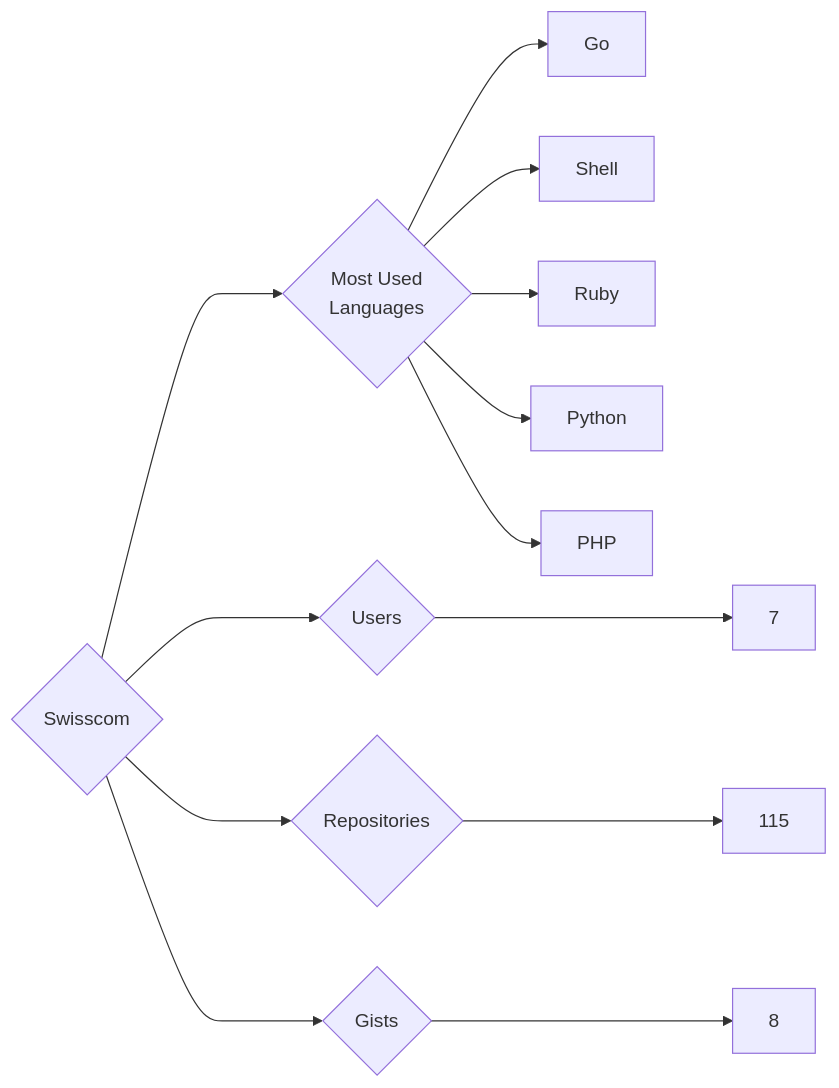
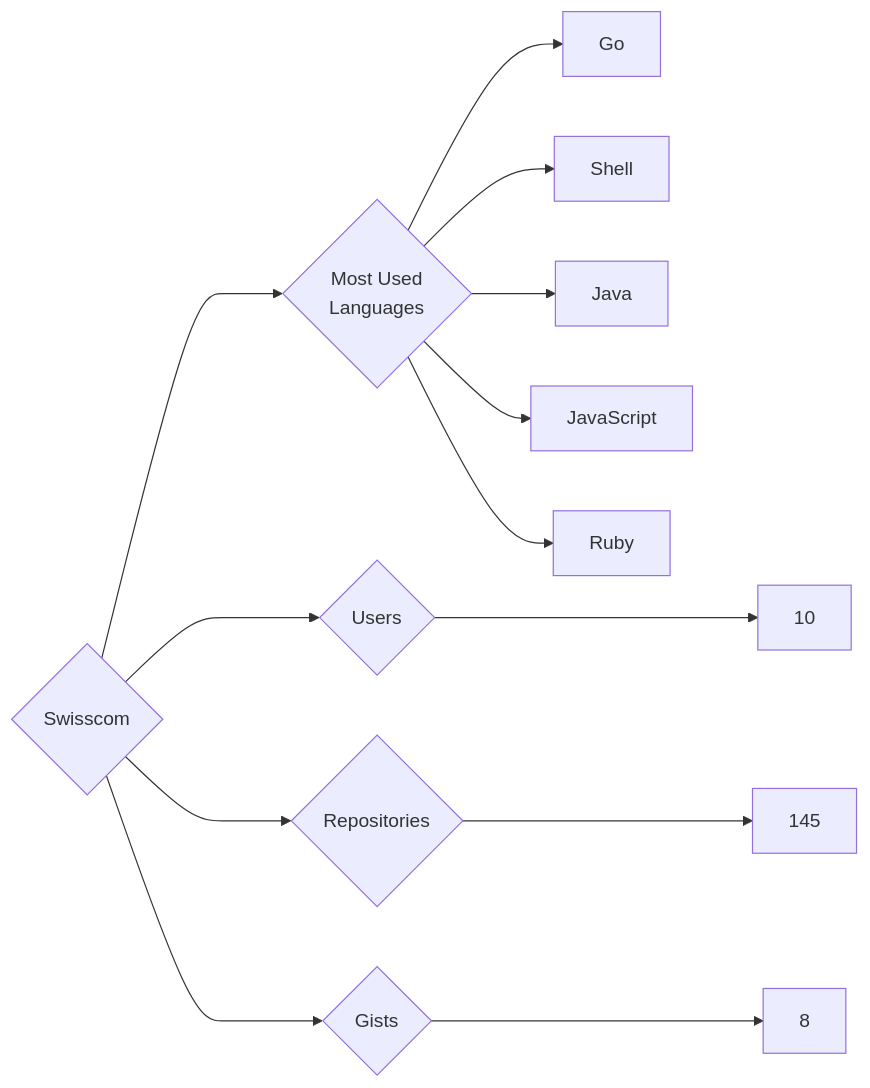
The diagram in targets/Swisscom/README.md (trickest/insiders), drawn with Mermaid before and after one commit. The commit also changed 1389 other files, not shown here.

````diff
--- a/targets/Swisscom/README.md
+++ b/targets/Swisscom/README.md
@@ -3,13 +3,13 @@
 ```mermaid
 graph LR
 COMPANY_NAME{Swisscom}
-COMPANY_NAME ---> U{Users} ---> UN[7]
-COMPANY_NAME ---> R{Repositories} ---> RN[115]
+COMPANY_NAME ---> U{Users} ---> UN[10]
+COMPANY_NAME ---> R{Repositories} ---> RN[145]
 COMPANY_NAME ---> G{Gists} ---> GN[8]
 COMPANY_NAME ---> ML{Most Used<br>Languages}
 ML --> Go[Go]
 ML --> Shell[Shell]
+ML --> Java[Java]
+ML --> JavaScript[JavaScript]
 ML --> Ruby[Ruby]
-ML --> Python[Python]
-ML --> PHP[PHP]
 ```
````
